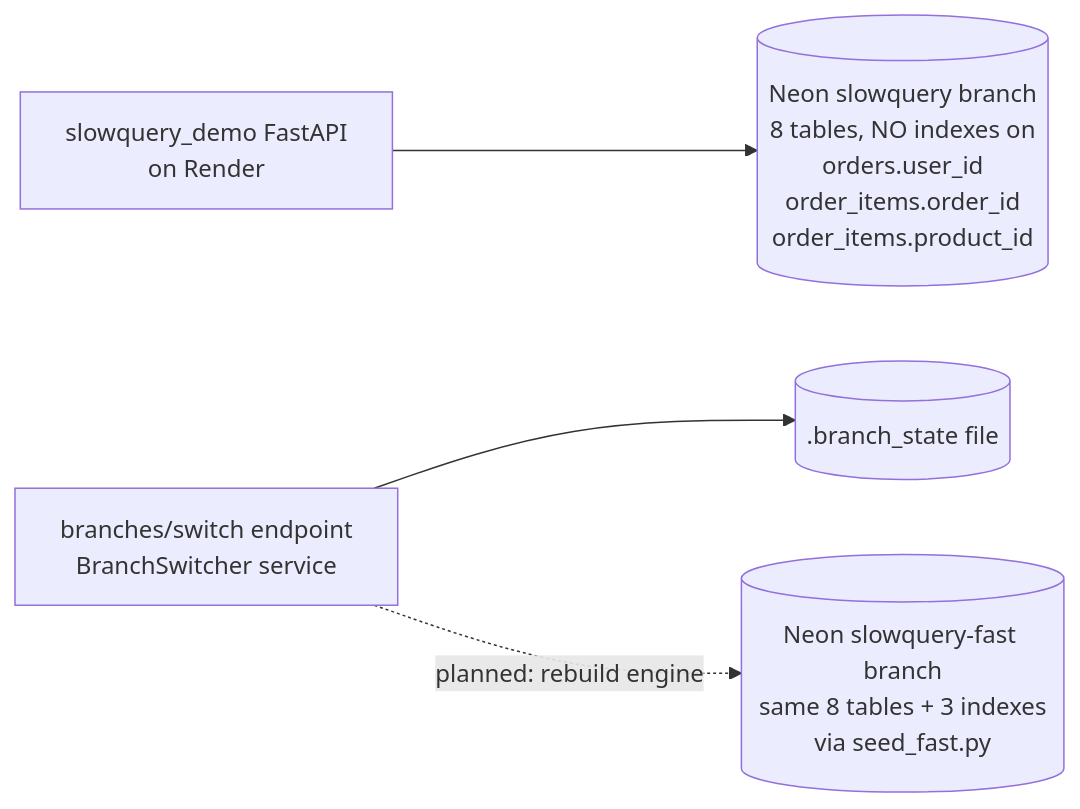
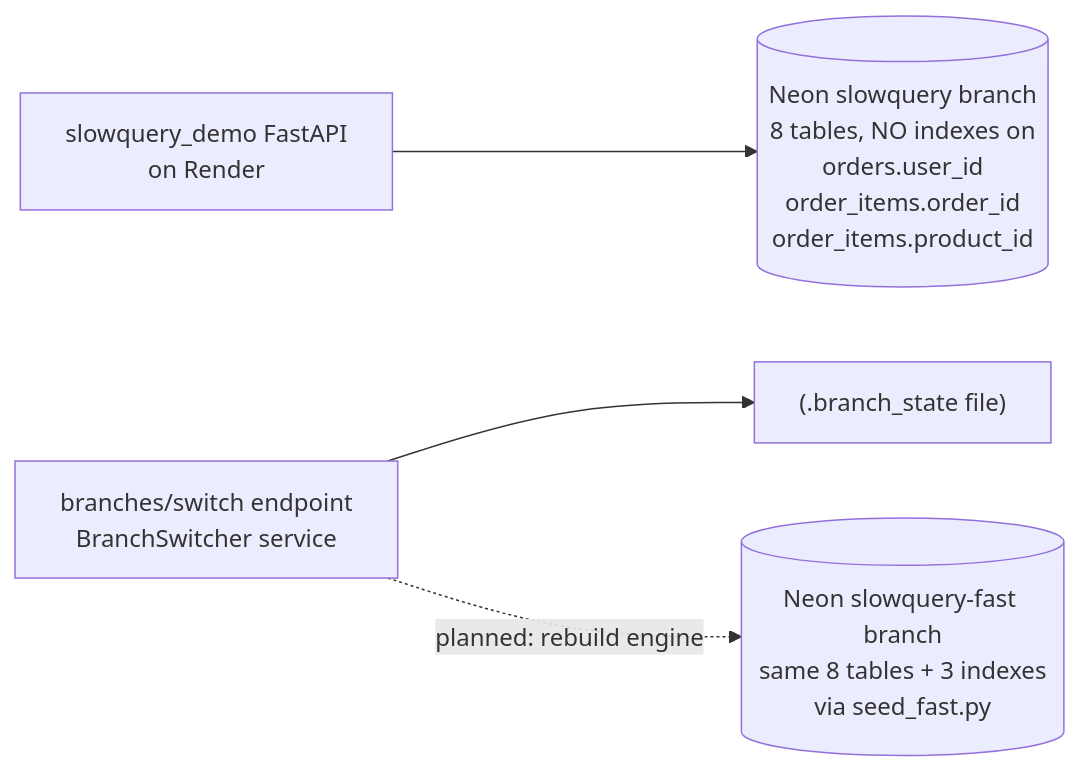
The fifth of 5 diagrams in docs/ARCHITECTURE.md (Abdul-Muizz1310/slowquery-demo-backend), drawn with Mermaid before and after one commit. The commit also changed other lines of this file and 34 other files, not shown here.

````diff
--- a/docs/ARCHITECTURE.md
+++ b/docs/ARCHITECTURE.md
@@ -58,12 +174,12 @@
 ```mermaid
 flowchart LR
-    App[slowquery_demo FastAPI<br/>on Render]
-    Switch[branches/switch endpoint<br/>BranchSwitcher service]
-    BranchState[(.branch_state file)]
-    Slow[(Neon slowquery branch<br/>8 tables, NO indexes on<br/>orders.user_id<br/>order_items.order_id<br/>order_items.product_id)]
-    Fast[(Neon slowquery-fast branch<br/>same 8 tables + 3 indexes<br/>via seed_fast.py)]
+    App["slowquery_demo FastAPI<br/>on Render"]
+    Switch["branches/switch endpoint<br/>BranchSwitcher service"]
+    BranchState["(.branch_state file)"]
+    Slow[("Neon slowquery branch<br/>8 tables, NO indexes on<br/>orders.user_id<br/>order_items.order_id<br/>order_items.product_id")]
+    Fast[("Neon slowquery-fast branch<br/>same 8 tables + 3 indexes<br/>via seed_fast.py")]
 
     App --> Slow
     Switch --> BranchState
-    Switch -. planned: rebuild engine .-> Fast
+    Switch -. "planned: rebuild engine" .-> Fast
 ```
````
